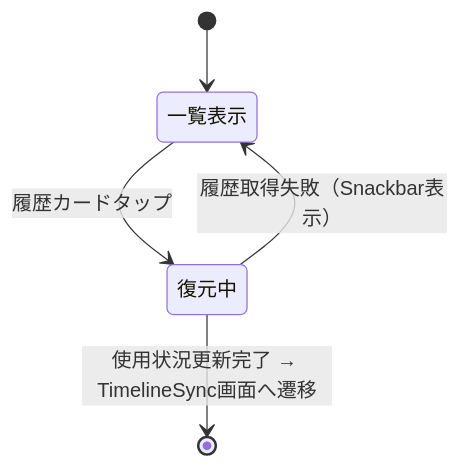
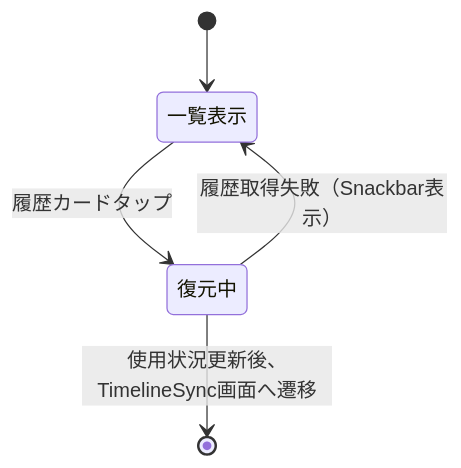
The third of 3 diagrams in composeApp/src/commonMain/kotlin/org/example/project/feature/timeline_sync/sync_history/SPECIFICATION.md (saki0000/collab-stream), drawn with Mermaid before and after one commit. The commit also changed 2 other files, not shown here.

Commit message:
fix: レビュー指摘対応 - TimeZoneのDI化と仕様書文言修正
- ViewModelにTimeZoneをコンストラクタ引数として注入し、テスト安定性を向上
- テストでUTCや固定タイムゾーンを使用して環境依存を排除
- 状態遷移図の文言をrecordUsage失敗時の挙動と一致するよう修正

````diff
--- a/composeApp/src/commonMain/kotlin/org/example/project/feature/timeline_sync/sync_history/SPECIFICATION.md
+++ b/composeApp/src/commonMain/kotlin/org/example/project/feature/timeline_sync/sync_history/SPECIFICATION.md
@@ -213,8 +213,8 @@
 ```mermaid
 stateDiagram-v2
     [*] --> 一覧表示
 
     一覧表示 --> 復元中: 履歴カードタップ
-    復元中 --> [*]: 使用状況更新完了 → TimelineSync画面へ遷移
+    復元中 --> [*]: 使用状況更新後、TimelineSync画面へ遷移
     復元中 --> 一覧表示: 履歴取得失敗（Snackbar表示）
 ```
````
